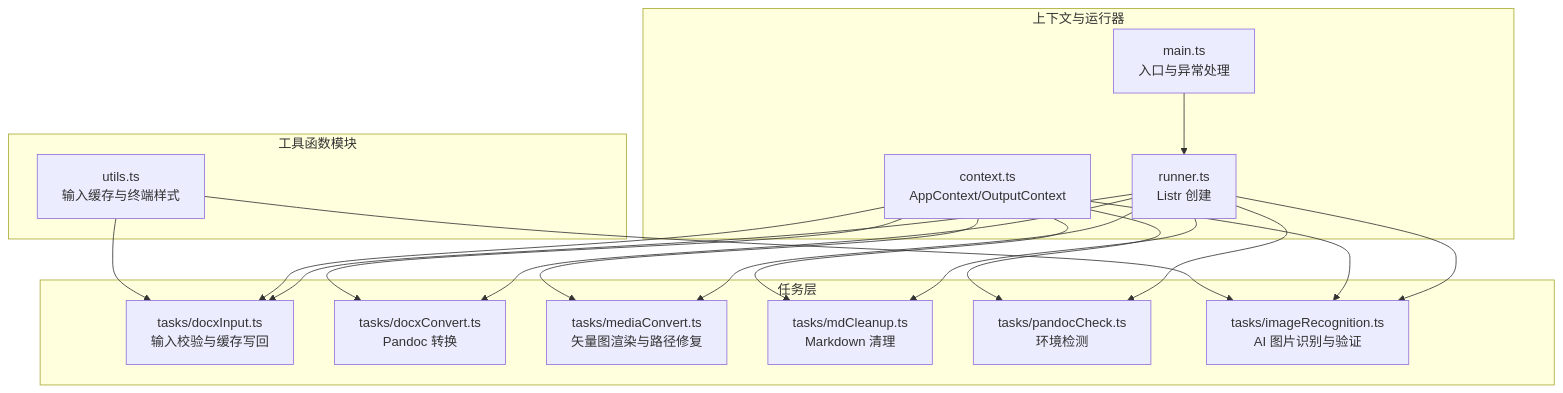
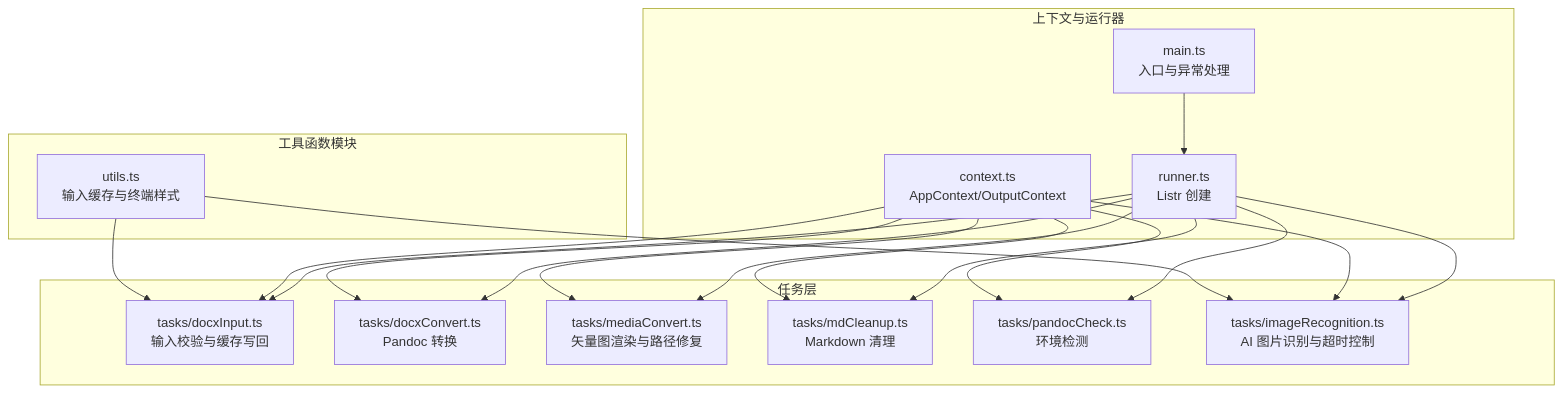
The first of 6 diagrams in .qoder/repowiki/zh/content/工具函数模块.md (hllshiro/doc2md-cli), drawn with Mermaid before and after one commit. The commit also changed other lines of this file and 4 other files, not shown here.

First line of the commit message:
feat(utils): 新增AI图片识别超时配置和控制功能

````diff
--- a/.qoder/repowiki/zh/content/工具函数模块.md
+++ b/.qoder/repowiki/zh/content/工具函数模块.md
@@ -45,34 +47,34 @@
 ```mermaid
 graph TB
 subgraph "工具函数模块"
 U["utils.ts<br/>输入缓存与终端样式"]
 end
 subgraph "任务层"
 T1["tasks/docxInput.ts<br/>输入校验与缓存写回"]
 T2["tasks/docxConvert.ts<br/>Pandoc 转换"]
 T3["tasks/mediaConvert.ts<br/>矢量图渲染与路径修复"]
 T4["tasks/mdCleanup.ts<br/>Markdown 清理"]
 T5["tasks/pandocCheck.ts<br/>环境检测"]
-T6["tasks/imageRecognition.ts<br/>AI 图片识别与验证"]
+T6["tasks/imageRecognition.ts<br/>AI 图片识别与超时控制"]
 end
 subgraph "上下文与运行器"
 C["context.ts<br/>AppContext/OutputContext"]
 R["runner.ts<br/>Listr 创建"]
 M["main.ts<br/>入口与异常处理"]
 end
 U --> T1
 U --> T6
 C --> T1
 C --> T2
 C --> T3
 C --> T4
 C --> T5
 C --> T6
 R --> T1
 R --> T2
 R --> T3
 R --> T4
 R --> T5
 R --> T6
 M --> R
 ```
````
